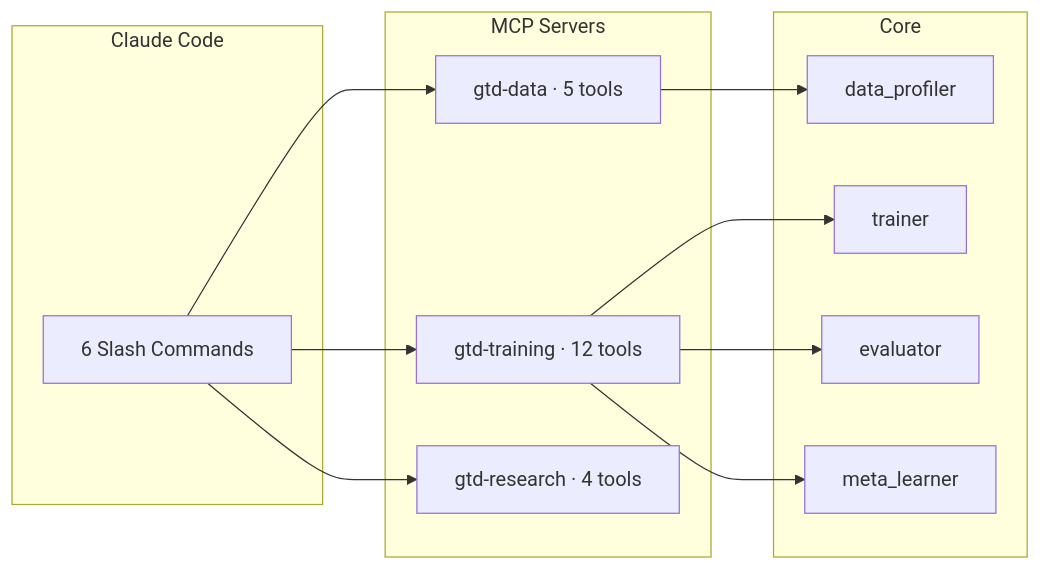
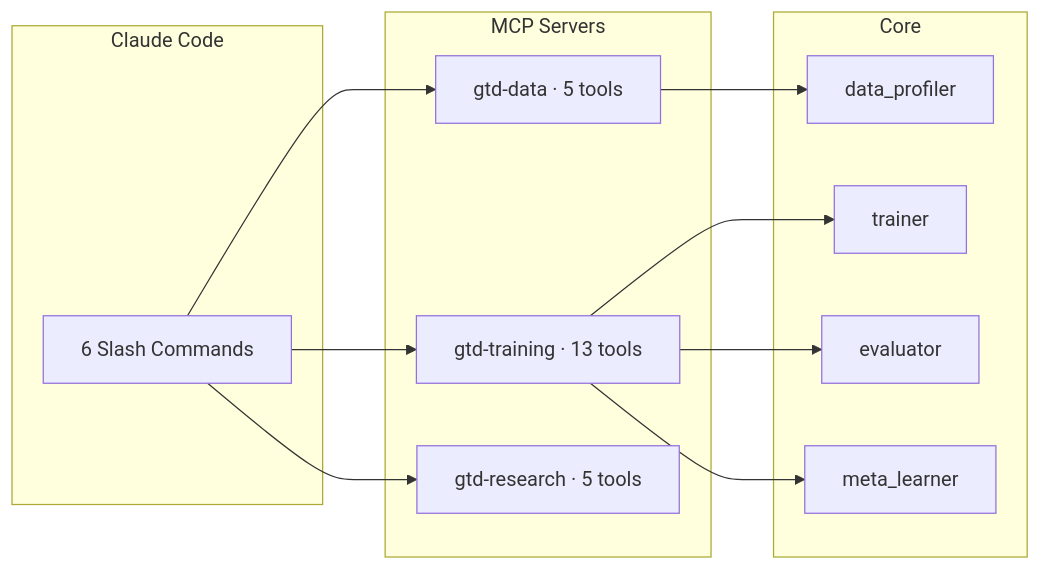
The second of 2 diagrams in README.md (YuvalShalev/get-training-done), drawn with Mermaid before and after one commit. The commit also changed other lines of this file and 15 other files, not shown here.

First line of the commit message:
feat: add ensemble training, advanced feature engineering, and research insights

````diff
--- a/README.md
+++ b/README.md
@@ -68,17 +68,17 @@
 ```mermaid
 graph LR
     subgraph "Claude Code"
         CMD["6 Slash Commands"]
     end
     subgraph "MCP Servers"
         DS["gtd-data · 5 tools"]
-        TS["gtd-training · 12 tools"]
-        RS["gtd-research · 4 tools"]
+        TS["gtd-training · 13 tools"]
+        RS["gtd-research · 5 tools"]
     end
     subgraph "Core"
         DP[data_profiler] & TR[trainer] & EV[evaluator] & ML[meta_learner]
     end
     CMD --> DS & TS & RS
     DS --> DP
     TS --> TR & EV & ML
 ```
````
